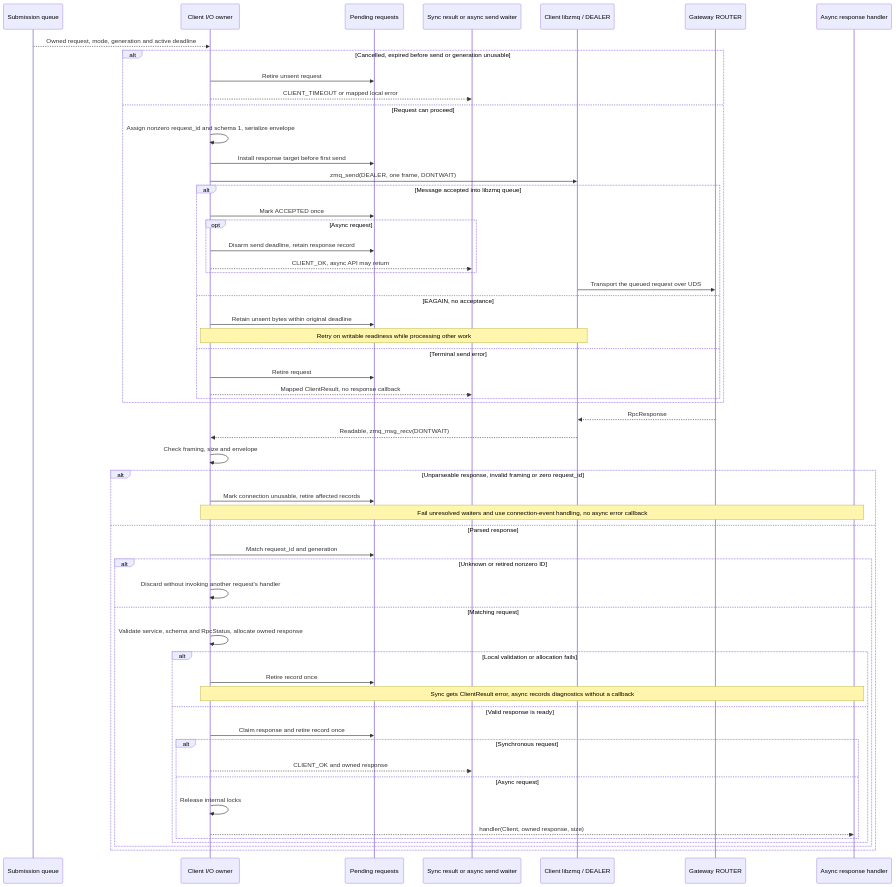
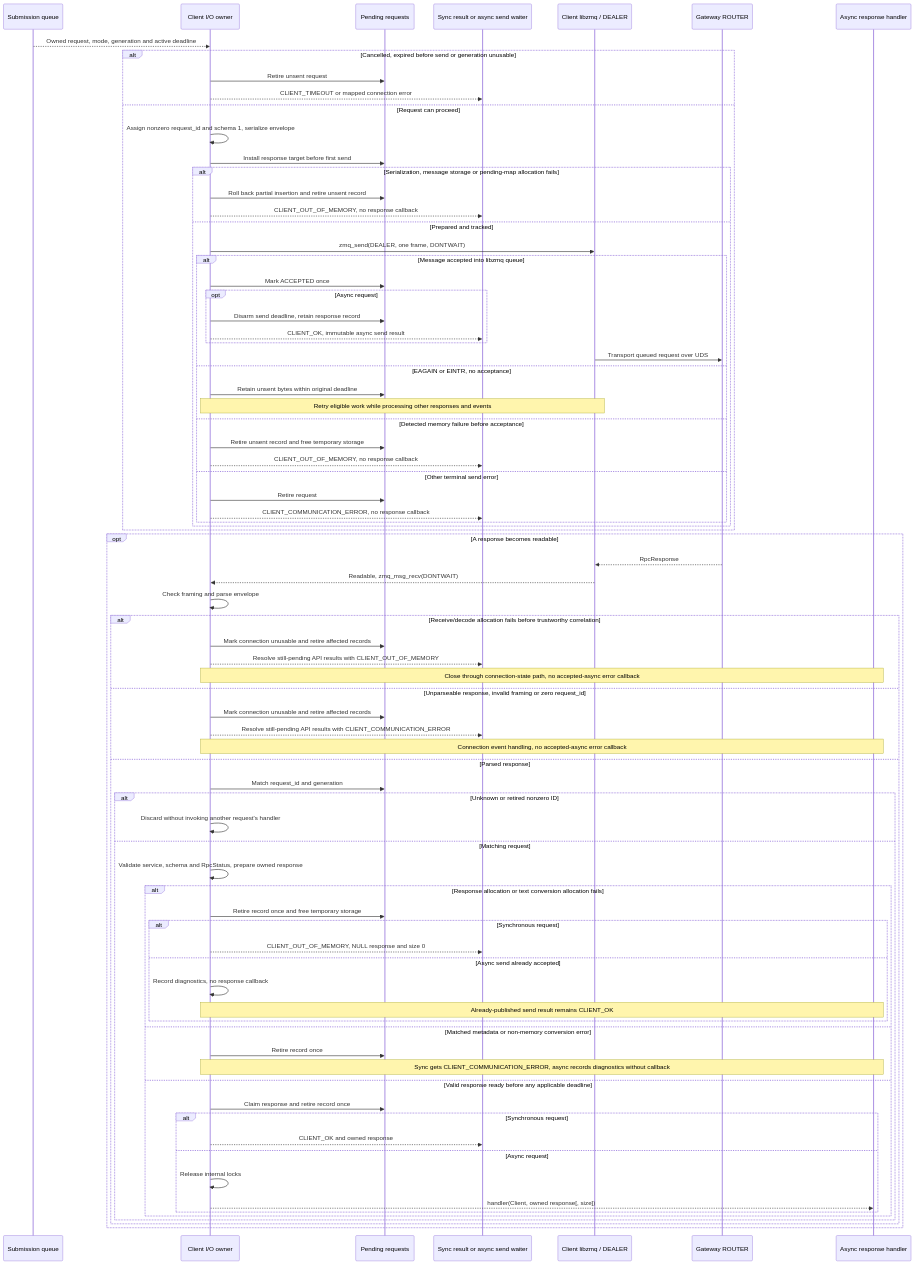
Before and after one commit to rdkcentral/eyil-secure-gateway: the seventh of 30 diagrams in doc/EyilSecureGateway.md, drawn with Mermaid. The commit also changed other lines of this file and 1 other file, not shown here.

````diff
--- a/doc/EyilSecureGateway.md
+++ b/doc/EyilSecureGateway.md
@@ -1168,59 +1289,82 @@
 ```mermaid
 sequenceDiagram
     participant Q as Submission queue
     participant IO as Client I/O owner
     participant P as Pending requests
     participant W as Sync result or async send waiter
     participant Z as Client libzmq / DEALER
     participant G as Gateway ROUTER
     participant H as Async response handler
     Q-->>IO: Owned request, mode, generation and active deadline
     alt Cancelled, expired before send or generation unusable
         IO->>P: Retire unsent request
-        IO-->>W: CLIENT_TIMEOUT or mapped local error
+        IO-->>W: CLIENT_TIMEOUT or mapped connection error
     else Request can proceed
         IO->>IO: Assign nonzero request_id and schema 1, serialize envelope
         IO->>P: Install response target before first send
-        IO->>Z: zmq_send(DEALER, one frame, DONTWAIT)
-        alt Message accepted into libzmq queue
-            IO->>P: Mark ACCEPTED once
-            opt Async request
-                IO->>P: Disarm send deadline, retain response record
-                IO-->>W: CLIENT_OK, async API may return
+        alt Serialization, message storage or pending-map allocation fails
+            IO->>P: Roll back partial insertion and retire unsent record
+            IO-->>W: CLIENT_OUT_OF_MEMORY, no response callback
+        else Prepared and tracked
+            IO->>Z: zmq_send(DEALER, one frame, DONTWAIT)
+            alt Message accepted into libzmq queue
+                IO->>P: Mark ACCEPTED once
+                opt Async request
+                    IO->>P: Disarm send deadline, retain response record
+                    IO-->>W: CLIENT_OK, immutable async send result
+                end
+                Z->>G: Transport queued request over UDS
+            else EAGAIN or EINTR, no acceptance
+                IO->>P: Retain unsent bytes within original deadline
+                Note over IO,Z: Retry eligible work while processing other responses and events
+            else Detected memory failure before acceptance
+                IO->>P: Retire unsent record and free temporary storage
+                IO-->>W: CLIENT_OUT_OF_MEMORY, no response callback
+            else Other terminal send error
+                IO->>P: Retire request
+                IO-->>W: CLIENT_COMMUNICATION_ERROR, no response callback
             end
-            Z->>G: Transport the queued request over UDS
-        else EAGAIN, no acceptance
-            IO->>P: Retain unsent bytes within original deadline
-            Note over IO,Z: Retry on writable readiness while processing other work
-        else Terminal send error
-            IO->>P: Retire request
-            IO-->>W: Mapped ClientResult, no response callback
         end
     end
-    G-->>Z: RpcResponse
-    Z-->>IO: Readable, zmq_msg_recv(DONTWAIT)
-    IO->>IO: Check framing, size and envelope
-    alt Unparseable response, invalid framing or zero request_id
-        IO->>P: Mark connection unusable, retire affected records
-        Note over IO,H: Fail unresolved waiters and use connection-event handling, no async error callback
-    else Parsed response
-        IO->>P: Match request_id and generation
-        alt Unknown or retired nonzero ID
-            IO->>IO: Discard without invoking another request's handler
-        else Matching request
-            IO->>IO: Validate service, schema and RpcStatus, allocate owned response
-            alt Local validation or allocation fails
-                IO->>P: Retire record once
-                Note over IO,H: Sync gets ClientResult error, async records diagnostics without a callback
-            else Valid response is ready
-                IO->>P: Claim response and retire record once
-                alt Synchronous request
-                    IO-->>W: CLIENT_OK and owned response
-                else Async request
-                    IO->>IO: Release internal locks
-                    IO-->>H: handler(Client, owned response, size)
+    opt A response becomes readable
+        G-->>Z: RpcResponse
+        Z-->>IO: Readable, zmq_msg_recv(DONTWAIT)
+        IO->>IO: Check framing and parse envelope
+        alt Receive/decode allocation fails before trustworthy correlation
+            IO->>P: Mark connection unusable and retire affected records
+            IO-->>W: Resolve still-pending API results with CLIENT_OUT_OF_MEMORY
+            Note over IO,H: Close through connection-state path, no accepted-async error callback
+        else Unparseable response, invalid framing or zero request_id
+            IO->>P: Mark connection unusable and retire affected records
+            IO-->>W: Resolve still-pending API results with CLIENT_COMMUNICATION_ERROR
+            Note over IO,H: Connection event handling, no accepted-async error callback
+        else Parsed response
+            IO->>P: Match request_id and generation
+            alt Unknown or retired nonzero ID
+                IO->>IO: Discard without invoking another request's handler
+            else Matching request
+                IO->>IO: Validate service, schema and RpcStatus, prepare owned response
+                alt Response allocation or text conversion allocation fails
+                    IO->>P: Retire record once and free temporary storage
+                    alt Synchronous request
+                        IO-->>W: CLIENT_OUT_OF_MEMORY, NULL response and size 0
+                    else Async send already accepted
+                        IO->>IO: Record diagnostics, no response callback
+                        Note over IO,H: Already-published send result remains CLIENT_OK
+                    end
+                else Matched metadata or non-memory conversion error
+                    IO->>P: Retire record once
+                    Note over IO,H: Sync gets CLIENT_COMMUNICATION_ERROR, async records diagnostics without callback
+                else Valid response ready before any applicable deadline
+                    IO->>P: Claim response and retire record once
+                    alt Synchronous request
+                        IO-->>W: CLIENT_OK and owned response
+                    else Async request
+                        IO->>IO: Release internal locks
+                        IO-->>H: handler(Client, owned response[, size])
+                    end
                 end
             end
         end
     end
 ```
````
